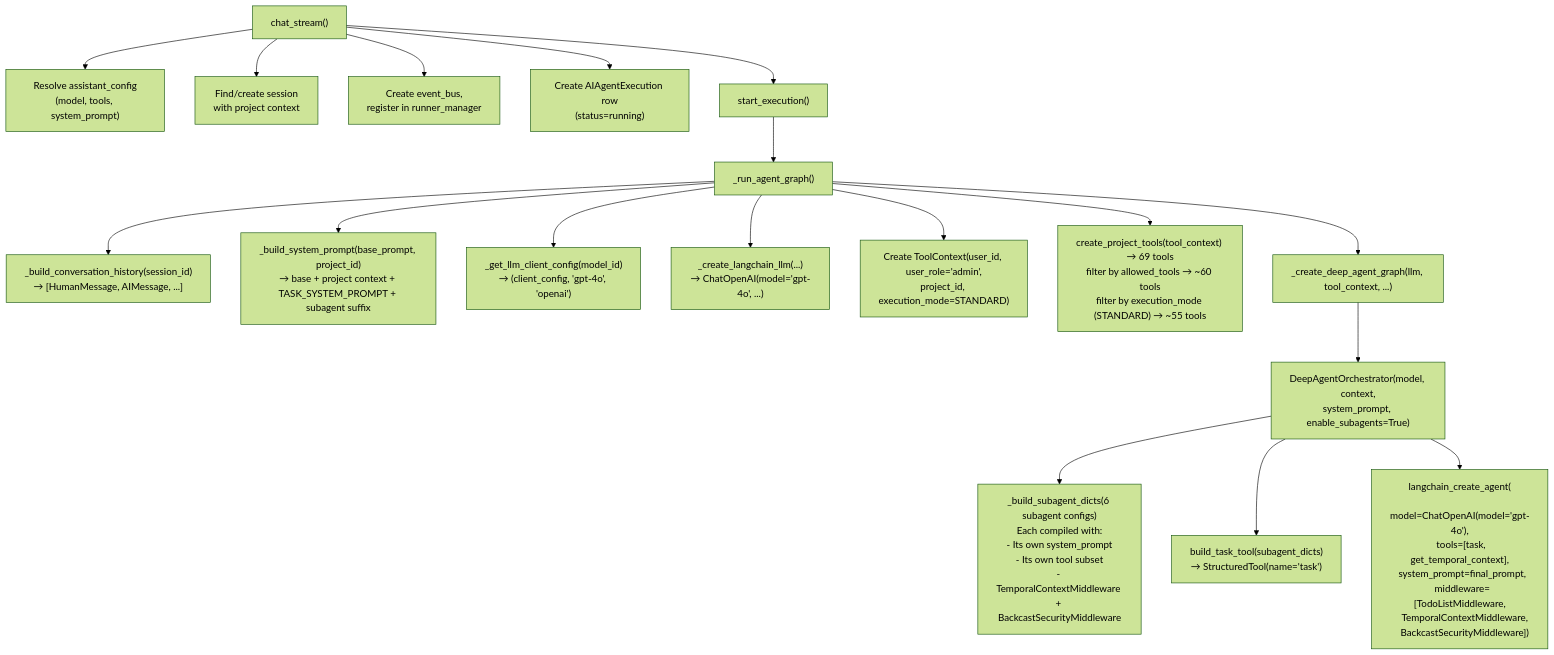
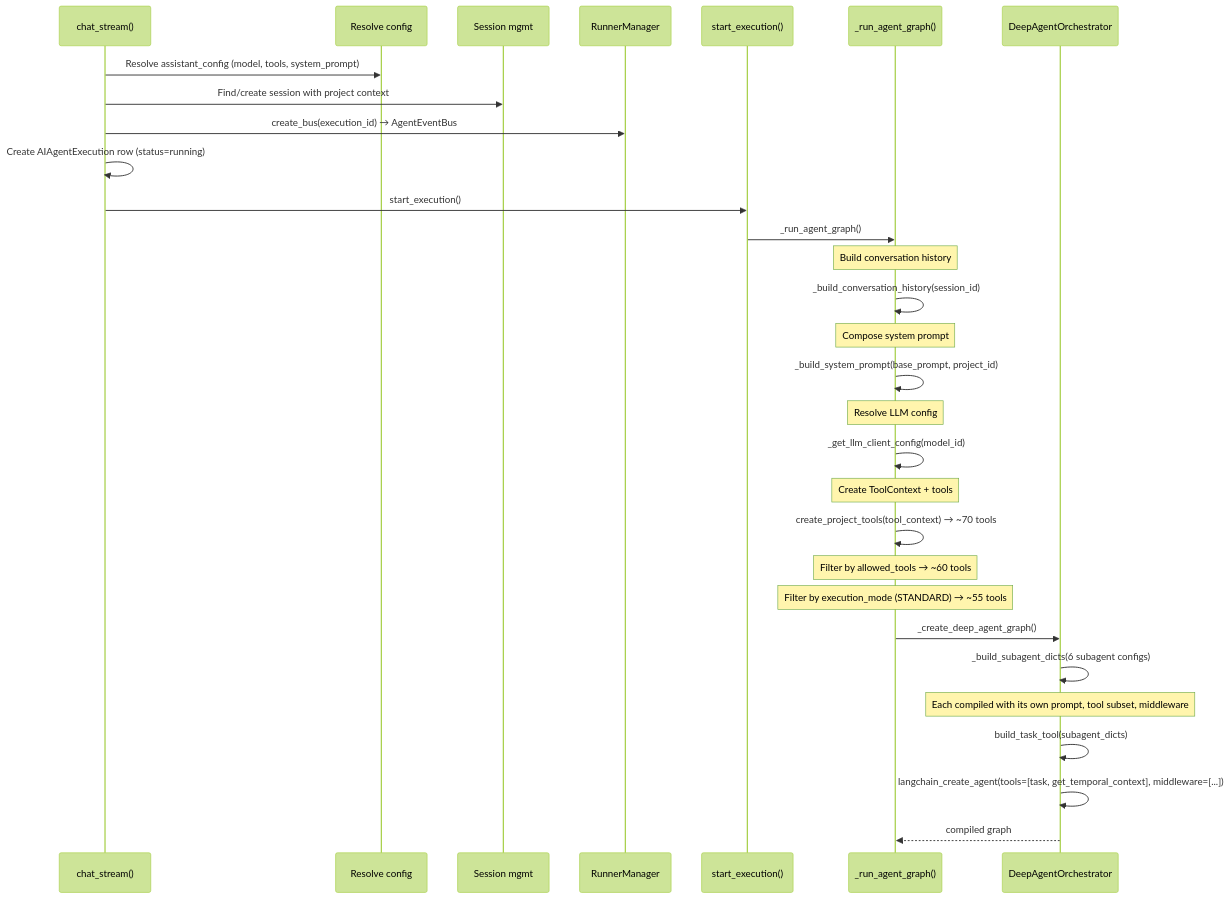
One commit to ogghst/backcast changed the seventh of 9 diagrams in docs/02-architecture/ai/agent-orchestration-guide.md. Above: the diagram before and after it, drawn with Mermaid (forest theme). The commit also changed other lines of this file, not shown here.

First line of the commit message:
docs: fix correctness issues and simplify diagrams in agent orchestration guide

````diff
--- a/docs/02-architecture/ai/agent-orchestration-guide.md
+++ b/docs/02-architecture/ai/agent-orchestration-guide.md
@@ -418,23 +415,35 @@
 ```mermaid
-flowchart TD
-    CS["chat_stream()"]
-    CS --> RAC["Resolve assistant_config\n(model, tools, system_prompt)"]
-    CS --> SES["Find/create session\nwith project context"]
-    CS --> CEB["Create event_bus,\nregister in runner_manager"]
-    CS --> CAE["Create AIAgentExecution row\n(status=running)"]
-    CS --> SE["start_execution()"]
+sequenceDiagram
+    participant CS as chat_stream()
+    participant RAC as Resolve config
+    participant SES as Session mgmt
+    participant RM as RunnerManager
+    participant SE as start_execution()
+    participant RAG as _run_agent_graph()
+    participant DAO as DeepAgentOrchestrator
 
-    SE --> RAG["_run_agent_graph()"]
-    RAG --> BCH["_build_conversation_history(session_id)\n→ [HumanMessage, AIMessage, ...]"]
-    RAG --> BSP["_build_system_prompt(base_prompt, project_id)\n→ base + project context + TASK_SYSTEM_PROMPT + subagent suffix"]
-    RAG --> GLC["_get_llm_client_config(model_id)\n→ (client_config, 'gpt-4o', 'openai')"]
-    RAG --> CLL["_create_langchain_llm(...)\n→ ChatOpenAI(model='gpt-4o', ...)"]
-    RAG --> CTC["Create ToolContext(user_id, user_role='admin',\nproject_id, execution_mode=STANDARD)"]
-    RAG --> CPT["create_project_tools(tool_context) → 69 tools\nfilter by allowed_tools → ~60 tools\nfilter by execution_mode (STANDARD) → ~55 tools"]
-    RAG --> CDAG["_create_deep_agent_graph(llm, tool_context, ...)"]
+    CS->>RAC: Resolve assistant_config (model, tools, system_prompt)
+    CS->>SES: Find/create session with project context
+    CS->>RM: create_bus(execution_id) → AgentEventBus
+    CS->>CS: Create AIAgentExecution row (status=running)
+    CS->>SE: start_execution()
+    SE->>RAG: _run_agent_graph()
 
-    CDAG --> DAO["DeepAgentOrchestrator(model, context,\nsystem_prompt, enable_subagents=True)"]
-    DAO --> BSD["_build_subagent_dicts(6 subagent configs)\nEach compiled with:\n- Its own system_prompt\n- Its own tool subset\n- TemporalContextMiddleware + BackcastSecurityMiddleware"]
-    DAO --> BTT["build_task_tool(subagent_dicts)\n→ StructuredTool(name='task')"]
-    DAO --> LCA["langchain_create_agent(\n  model=ChatOpenAI(model='gpt-4o'),\n  tools=[task, get_temporal_context],\n  system_prompt=final_prompt,\n  middleware=[TodoListMiddleware,\n    TemporalContextMiddleware,\n    BackcastSecurityMiddleware])"]
+    Note over RAG: Build conversation history
+    RAG->>RAG: _build_conversation_history(session_id)
+    Note over RAG: Compose system prompt
+    RAG->>RAG: _build_system_prompt(base_prompt, project_id)
+    Note over RAG: Resolve LLM config
+    RAG->>RAG: _get_llm_client_config(model_id)
+    Note over RAG: Create ToolContext + tools
+    RAG->>RAG: create_project_tools(tool_context) → ~70 tools
+    Note over RAG: Filter by allowed_tools → ~60 tools
+    Note over RAG: Filter by execution_mode (STANDARD) → ~55 tools
+
+    RAG->>DAO: _create_deep_agent_graph()
+    DAO->>DAO: _build_subagent_dicts(6 subagent configs)
+    Note over DAO: Each compiled with its own prompt, tool subset, middleware
+    DAO->>DAO: build_task_tool(subagent_dicts)
+    DAO->>DAO: langchain_create_agent(tools=[task, get_temporal_context], middleware=[...])
+    DAO-->>RAG: compiled graph
 ```
````
